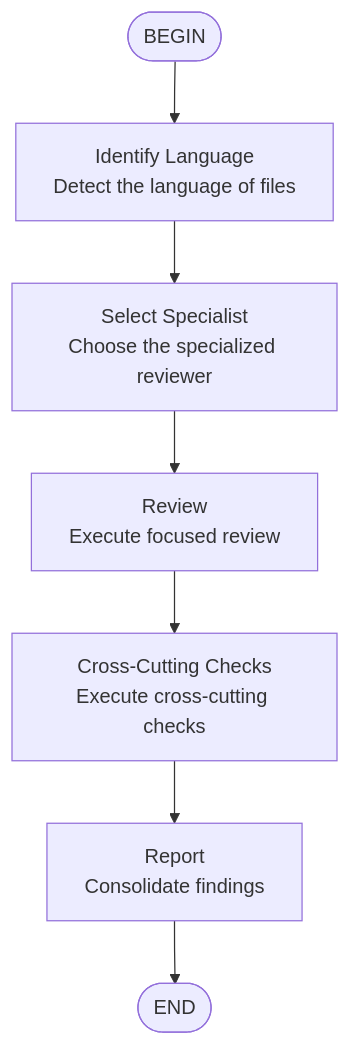
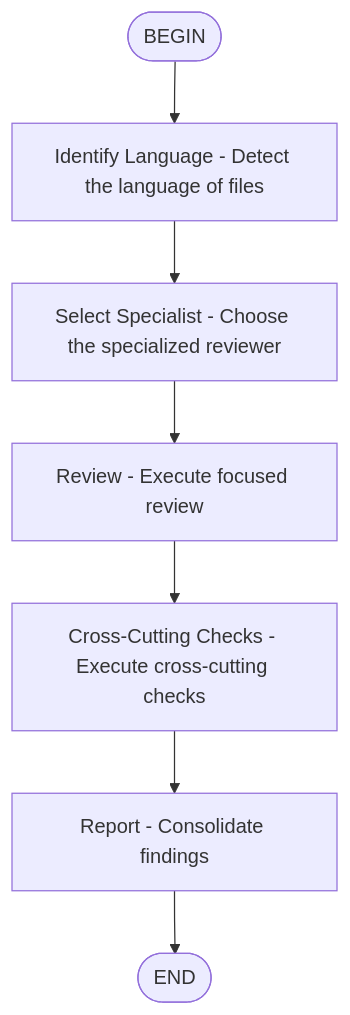
Before and after one commit to eduardoabreu81/everything-kimi-code: the diagram in skills/code-review/SKILL.md, drawn with Mermaid. The commit also changed 10 other files, not shown here.

````diff
--- a/skills/code-review/SKILL.md
+++ b/skills/code-review/SKILL.md
@@ -11,9 +11,9 @@
 ```mermaid
 flowchart TD
-    A([BEGIN]) --> B[Identify Language<br/>Detect the language of files]
-    B --> C[Select Specialist<br/>Choose the specialized reviewer]
-    C --> D[Review<br/>Execute focused review]
-    D --> E[Cross-Cutting Checks<br/>Execute cross-cutting checks]
-    E --> F[Report<br/>Consolidate findings]
+    A([BEGIN]) --> B[Identify Language - Detect the language of files]
+    B --> C[Select Specialist - Choose the specialized reviewer]
+    C --> D[Review - Execute focused review]
+    D --> E[Cross-Cutting Checks - Execute cross-cutting checks]
+    E --> F[Report - Consolidate findings]
     F --> G([END])
 ```
````
